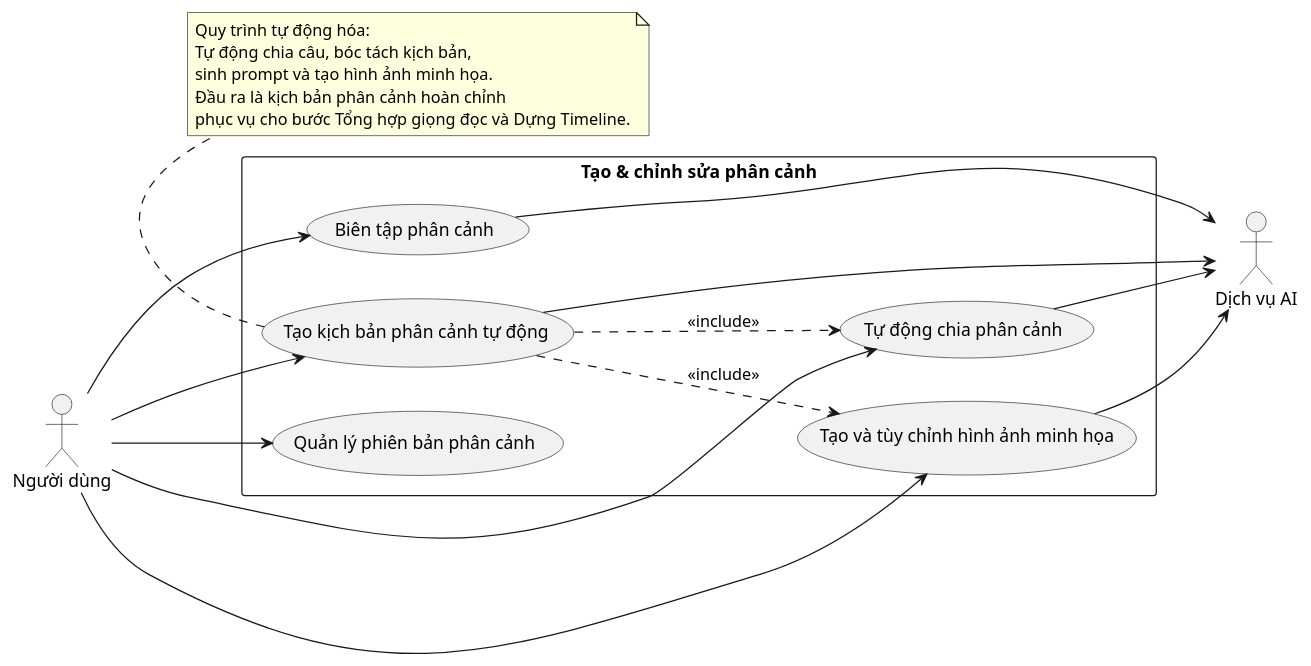
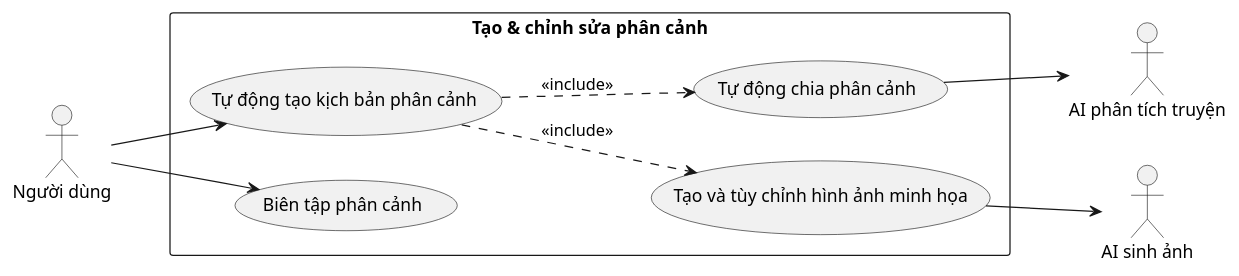
The diagram in docs/bieu-do-uc/bieu-do-uc-chi-tiet/make/tao-va-chinh-sua-phan-canh.puml (202416852-anhpv/story2video-docs), drawn with PlantUML before and after one commit. The commit also changed 9 other files, not shown here.

```diff
--- a/docs/bieu-do-uc/bieu-do-uc-chi-tiet/make/tao-va-chinh-sua-phan-canh.puml
+++ b/docs/bieu-do-uc/bieu-do-uc-chi-tiet/make/tao-va-chinh-sua-phan-canh.puml
@@ -1,37 +1,24 @@
 @startuml tao-va-chinh-sua-phan-canh
 left to right direction
 
 actor "Người dùng" as User
-actor "Dịch vụ AI" as AI_Service
+actor "AI phân tích truyện" as AI_LLM
+actor "AI sinh ảnh" as AI_IMG
 
 rectangle "Tạo & chỉnh sửa phân cảnh" {
-    usecase "Tạo kịch bản phân cảnh tự động" as UC_Auto_All
+    usecase "Tự động tạo kịch bản phân cảnh" as UC_04
     usecase "Tự động chia phân cảnh" as UC_01
     usecase "Biên tập phân cảnh" as UC_02
     usecase "Tạo và tùy chỉnh hình ảnh minh họa" as UC_03
-    usecase "Quản lý phiên bản phân cảnh" as UC_04
 }
 
-User --> UC_Auto_All
-User --> UC_01
+User --> UC_04
 User --> UC_02
-User --> UC_03
-User --> UC_04
 
-UC_Auto_All ..> UC_01 : <<include>>
-UC_Auto_All ..> UC_03 : <<include>>
+UC_04 ..> UC_01 : <<include>>
+UC_04 ..> UC_03 : <<include>>
 
-UC_Auto_All --> AI_Service
-UC_01 --> AI_Service
-UC_02 --> AI_Service
-UC_03 --> AI_Service
-
-note bottom of UC_Auto_All
-  Quy trình tự động hóa:
-  Tự động chia câu, bóc tách kịch bản,
-  sinh prompt và tạo hình ảnh minh họa.
-  Đầu ra là kịch bản phân cảnh hoàn chỉnh
-  phục vụ cho bước Tổng hợp giọng đọc và Dựng Timeline.
-end note
+UC_01 --> AI_LLM
+UC_03 --> AI_IMG
 
 @enduml
```
